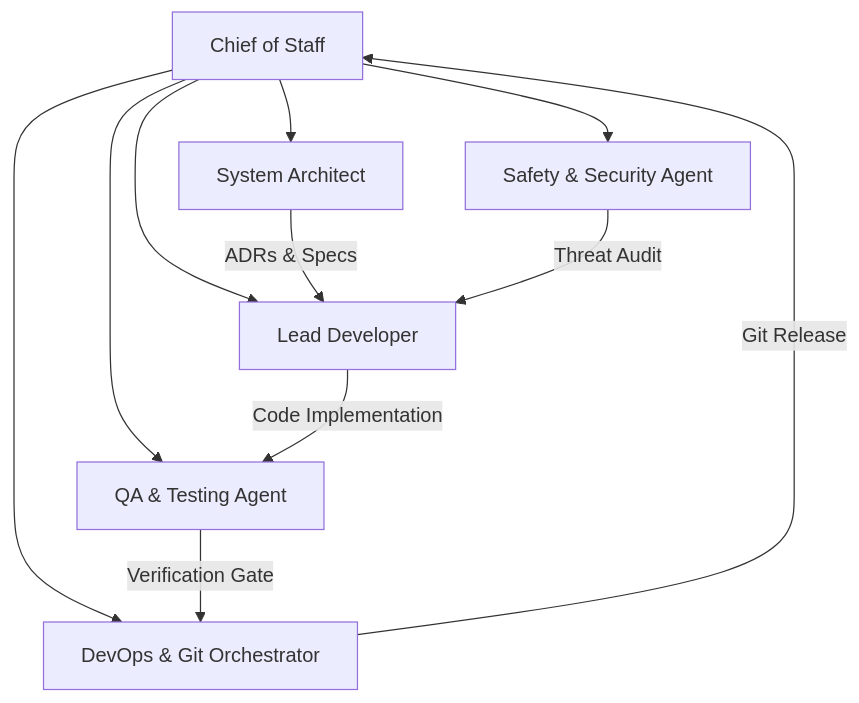
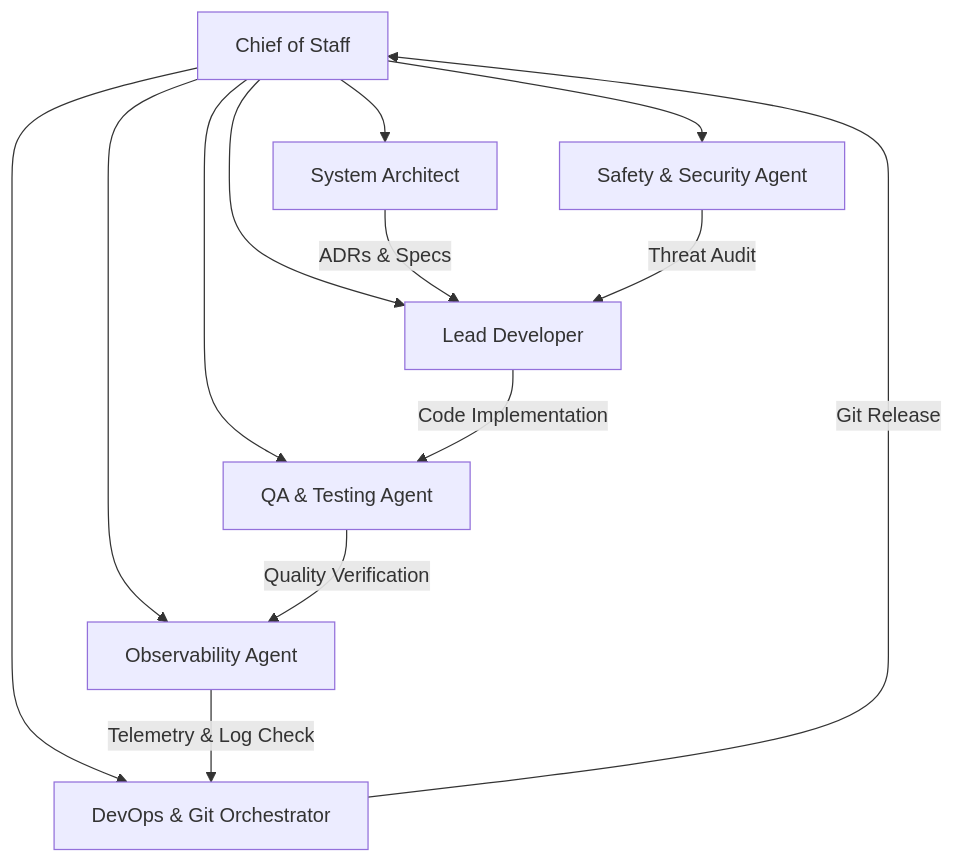
One commit to chunga168/aura-fitness-cos changed the diagram in README.md. Above: the diagram before and after it, drawn with Mermaid. The commit also changed other lines of this file and 7 other files, not shown here.

Commit message:
feat(observability): add Observability Agent role, logging rules, and telemetry runbook

````diff
--- a/README.md
+++ b/README.md
@@ -9,14 +9,16 @@
 ```mermaid
 graph TD
     CoS[Chief of Staff] --> Arch[System Architect]
     CoS --> LeadDev[Lead Developer]
     CoS --> QA[QA & Testing Agent]
     CoS --> Safety[Safety & Security Agent]
+    CoS --> Obs[Observability Agent]
     CoS --> DevOps[DevOps & Git Orchestrator]
 
     Arch -->|ADRs & Specs| LeadDev
     Safety -->|Threat Audit| LeadDev
     LeadDev -->|Code Implementation| QA
-    QA -->|Verification Gate| DevOps
+    QA -->|Quality Verification| Obs
+    Obs -->|Telemetry & Log Check| DevOps
     DevOps -->|Git Release| CoS
 ```
````
